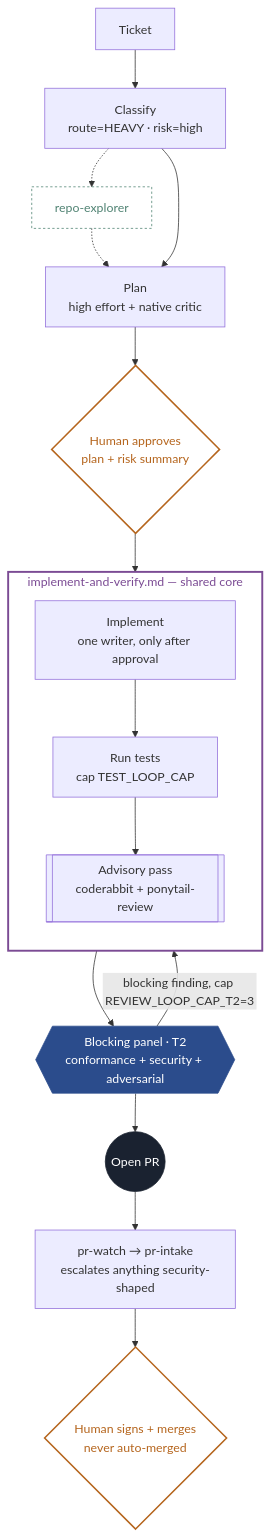
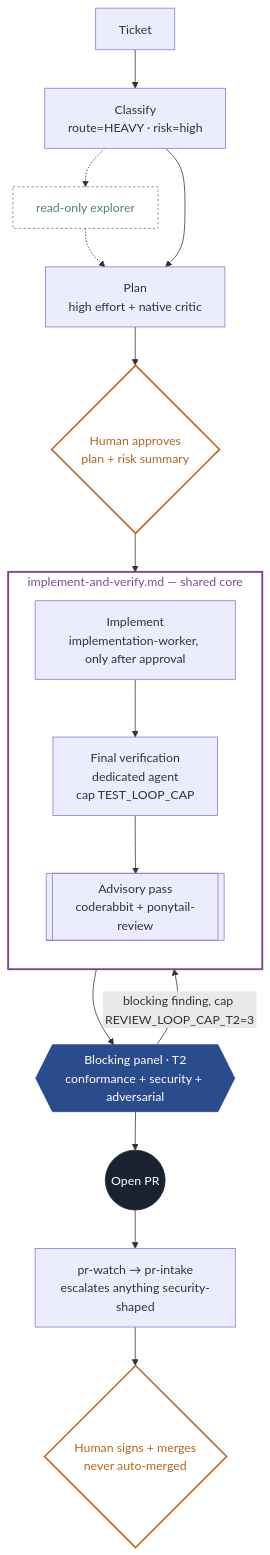
The third of 8 diagrams in README.md (aanojima/software-factory), drawn with Mermaid before and after one commit. The commit also changed other lines of this file and 52 other files, not shown here.

Commit message:
Add plugin-only native agent workflows (#2)

````diff
--- a/README.md
+++ b/README.md
@@ -203,29 +209,29 @@
 ```mermaid
 flowchart TD
     classDef advisory fill:transparent,stroke:#4F8272,color:#4F8272,stroke-width:1px,stroke-dasharray:3 3;
     classDef block fill:#2B4C8C,stroke:#2B4C8C,color:#fff;
     classDef gate fill:transparent,stroke:#B5651D,color:#B5651D,stroke-width:2px;
     classDef terminal fill:#1A2230,stroke:#1A2230,color:#fff;
     classDef core fill:transparent,stroke:#7B4B94,color:#7B4B94,stroke-width:2.5px;
     A[Ticket] --> B0["Classify<br/>route=HEAVY · risk=high"]
-    B0 -.-> X["repo-explorer"]
+    B0 -.-> X["read-only explorer"]
     X -.-> P
     B0 --> P["Plan<br/>high effort + native critic"]
     P --> D0{"Human approves<br/>plan + risk summary"}
     D0 --> B
     subgraph CORE3["implement-and-verify.md — shared core"]
         direction TB
-        B["Implement<br/>one writer, only after approval"] --> C["Run tests<br/>cap TEST_LOOP_CAP"]
+        B["Implement<br/>implementation-worker, only after approval"] --> C["Final verification<br/>dedicated agent<br/>cap TEST_LOOP_CAP"]
         C --> Dadv[["Advisory pass<br/>coderabbit + ponytail-review"]]
     end
     Dadv --> G{{"Blocking panel · T2<br/>conformance + security + adversarial"}}
     G -->|blocking finding, cap REVIEW_LOOP_CAP_T2=3| B
     G --> H(("Open PR"))
     H --> I["pr-watch → pr-intake<br/>escalates anything security-shaped"]
     I --> J{"Human signs + merges<br/>never auto-merged"}
     class X advisory
     class D0,J gate
     class G block
     class H terminal
     class CORE3 core
 ```
````
